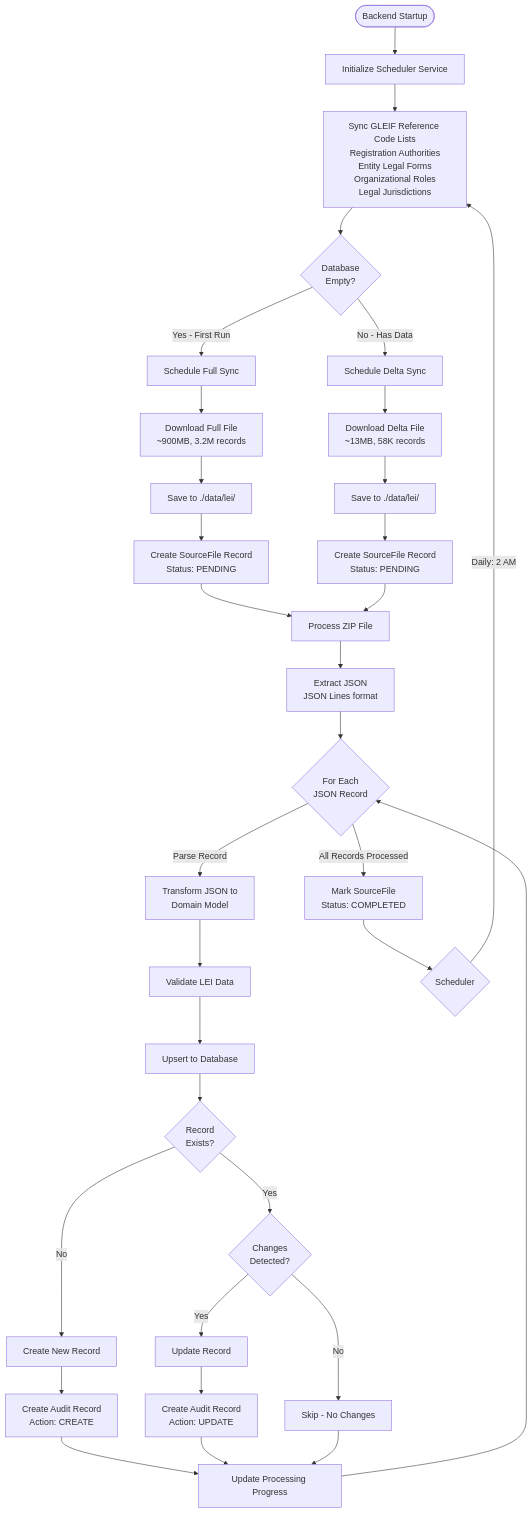
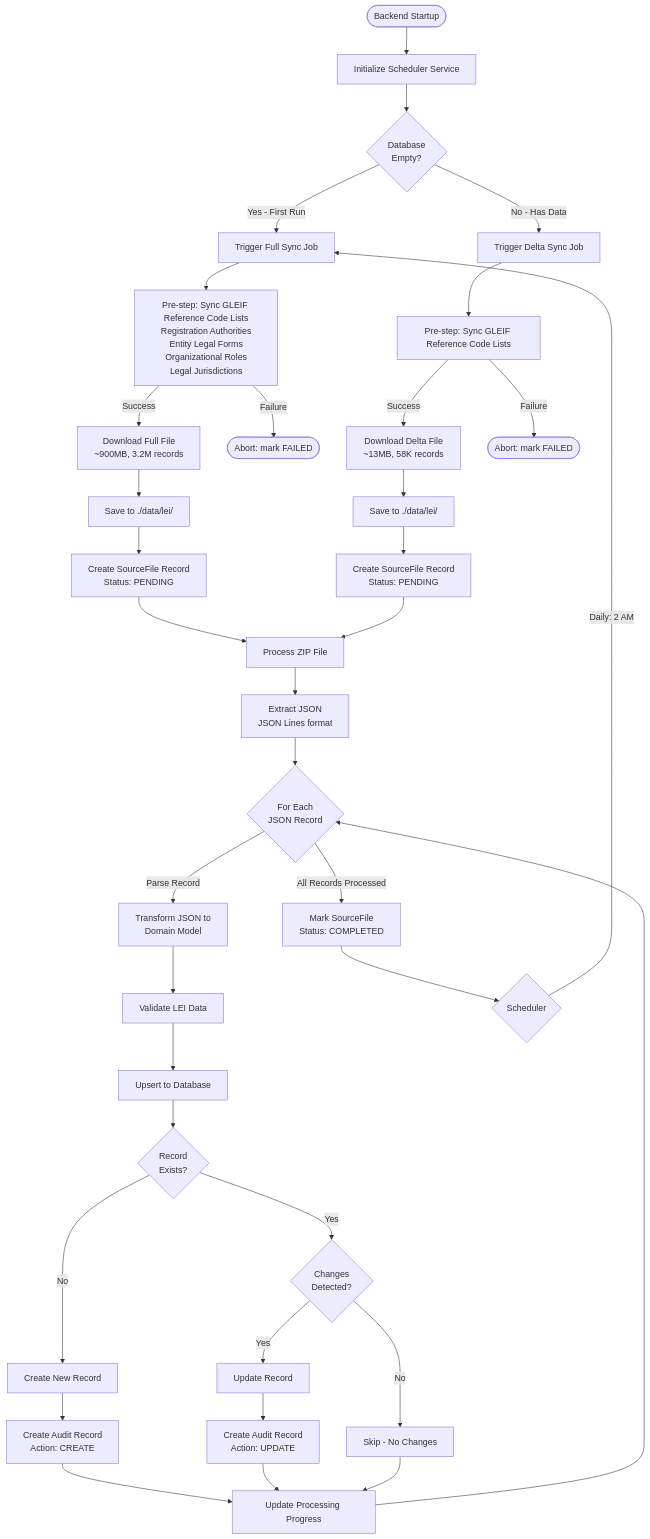
The first of 5 diagrams in docs/lei/LEI_DATA_FLOW.md (techie2000/axiom), drawn with Mermaid before and after one commit. The commit also changed 9 other files, not shown here.

````diff
--- a/docs/lei/LEI_DATA_FLOW.md
+++ b/docs/lei/LEI_DATA_FLOW.md
@@ -8,51 +8,55 @@
 ```mermaid
 flowchart TD
     Start([Backend Startup]) --> Init[Initialize Scheduler Service]
-    Init --> GLEIFRefSync[Sync GLEIF Reference Code Lists<br/>Registration Authorities<br/>Entity Legal Forms<br/>Organizational Roles<br/>Legal Jurisdictions]
+    Init --> CheckDB{Database<br/>Empty?}
 
-    GLEIFRefSync --> CheckDB{Database<br/>Empty?}
+    CheckDB -->|Yes - First Run| FullSync[Trigger Full Sync Job]
+    CheckDB -->|No - Has Data| DeltaSync[Trigger Delta Sync Job]
 
-    CheckDB -->|Yes - First Run| FullSync[Schedule Full Sync]
-    CheckDB -->|No - Has Data| DeltaSync[Schedule Delta Sync]
+    FullSync --> GLEIFRefSyncFull[Pre-step: Sync GLEIF Reference Code Lists<br/>Registration Authorities<br/>Entity Legal Forms<br/>Organizational Roles<br/>Legal Jurisdictions]
+    DeltaSync --> GLEIFRefSyncDelta[Pre-step: Sync GLEIF Reference Code Lists]
 
-    FullSync --> DownloadFull[Download Full File<br/>~900MB, 3.2M records]
-    DeltaSync --> DownloadDelta[Download Delta File<br/>~13MB, 58K records]
+    GLEIFRefSyncFull -->|Success| DownloadFull[Download Full File<br/>~900MB, 3.2M records]
+    GLEIFRefSyncFull -->|Failure| AbortFull([Abort: mark FAILED])
+
+    GLEIFRefSyncDelta -->|Success| DownloadDelta[Download Delta File<br/>~13MB, 58K records]
+    GLEIFRefSyncDelta -->|Failure| AbortDelta([Abort: mark FAILED])
 
     DownloadFull --> SaveFile1[Save to ./data/lei/]
     DownloadDelta --> SaveFile2[Save to ./data/lei/]
 
     SaveFile1 --> CreateSourceFile1[Create SourceFile Record<br/>Status: PENDING]
     SaveFile2 --> CreateSourceFile2[Create SourceFile Record<br/>Status: PENDING]
 
     CreateSourceFile1 --> ProcessFile[Process ZIP File]
     CreateSourceFile2 --> ProcessFile
-    
+
     ProcessFile --> Extract[Extract JSON<br/>JSON Lines format]
     Extract --> ParseLoop{For Each<br/>JSON Record}
 
     ParseLoop -->|Parse Record| Transform[Transform JSON to<br/>Domain Model]
     Transform --> Validate[Validate LEI Data]
     Validate --> Upsert[Upsert to Database]
 
     Upsert --> CheckExists{Record<br/>Exists?}
 
     CheckExists -->|No| CreateNew[Create New Record]
     CheckExists -->|Yes| DetectChanges{Changes<br/>Detected?}
 
     CreateNew --> CreateAudit1[Create Audit Record<br/>Action: CREATE]
     DetectChanges -->|Yes| UpdateRecord[Update Record]
     DetectChanges -->|No| Skip[Skip - No Changes]
 
     UpdateRecord --> CreateAudit2[Create Audit Record<br/>Action: UPDATE]
 
     CreateAudit1 --> UpdateProgress[Update Processing Progress]
     CreateAudit2 --> UpdateProgress
     Skip --> UpdateProgress
 
     UpdateProgress --> ParseLoop
 
     ParseLoop -->|All Records Processed| Complete[Mark SourceFile<br/>Status: COMPLETED]
     Complete --> Schedule{Scheduler}
 
-    Schedule -->|Daily: 2 AM| GLEIFRefSync
+    Schedule -->|Daily: 2 AM| FullSync
 ```
````
